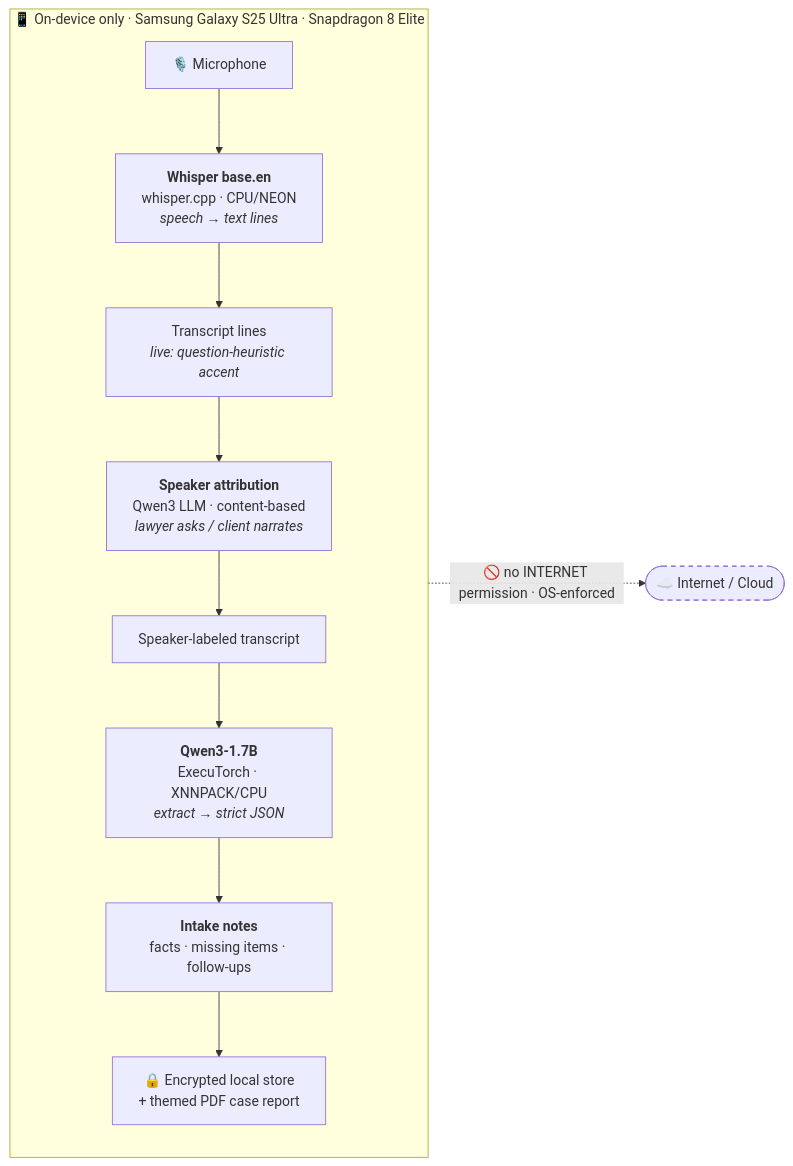
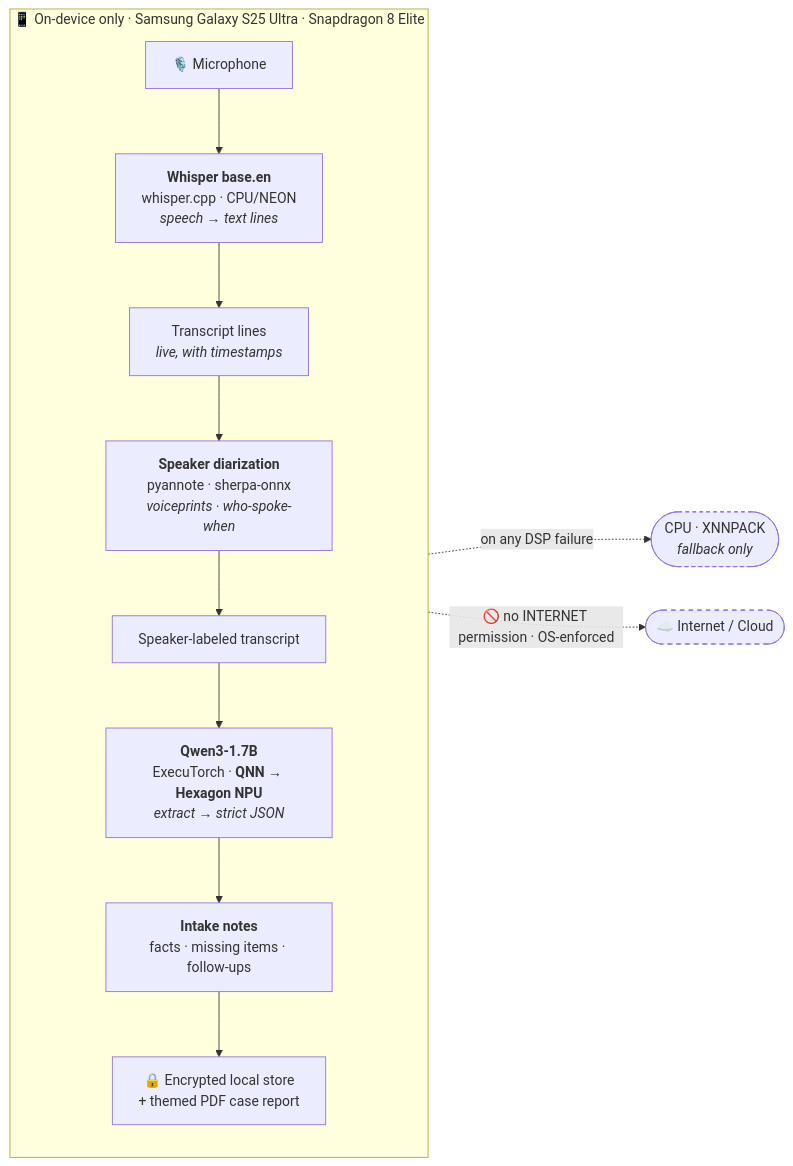
One commit to Dileep2896/sub-rosa-executorch changed the first of 8 diagrams in ARCHITECTURE.md. Above: the diagram before and after it, drawn with Mermaid. The commit also changed other lines of this file and 1 other file, not shown here.

First line of the commit message:
Docs: QNN/Hexagon NPU as primary LLM path; Whisper + pyannote diarization

````diff
--- a/ARCHITECTURE.md
+++ b/ARCHITECTURE.md
@@ -16,17 +16,20 @@
 ```mermaid
 flowchart LR
     subgraph DEVICE["📱 On-device only · Samsung Galaxy S25 Ultra · Snapdragon 8 Elite"]
         direction TB
         MIC["🎙️ Microphone"]
         MIC --> ASR["<b>Whisper base.en</b><br/>whisper.cpp · CPU/NEON<br/><i>speech → text lines</i>"]
-        ASR --> TRX["Transcript lines<br/><i>live: question-heuristic accent</i>"]
-        TRX --> ATTR["<b>Speaker attribution</b><br/>Qwen3 LLM · content-based<br/><i>lawyer asks / client narrates</i>"]
+        ASR --> TRX["Transcript lines<br/><i>live, with timestamps</i>"]
+        TRX --> ATTR["<b>Speaker diarization</b><br/>pyannote · sherpa-onnx<br/><i>voiceprints · who-spoke-when</i>"]
         ATTR --> LAB["Speaker-labeled transcript"]
-        LAB --> LLM["<b>Qwen3-1.7B</b><br/>ExecuTorch · XNNPACK/CPU<br/><i>extract → strict JSON</i>"]
+        LAB --> LLM["<b>Qwen3-1.7B</b><br/>ExecuTorch · <b>QNN → Hexagon NPU</b><br/><i>extract → strict JSON</i>"]
         LLM --> NOTES["<b>Intake notes</b><br/>facts · missing items · follow-ups"]
         NOTES --> STORE["🔒 Encrypted local store<br/>+ themed PDF case report"]
     end
+    CPU(["CPU · XNNPACK<br/><i>fallback only</i>"])
+    LLM -. "on any DSP failure" .-> CPU
     NET(["☁️ Internet / Cloud"])
     DEVICE -. "🚫 no INTERNET permission · OS-enforced" .-> NET
     style NET stroke-dasharray: 5 5
+    style CPU stroke-dasharray: 4 4
 ```
````
